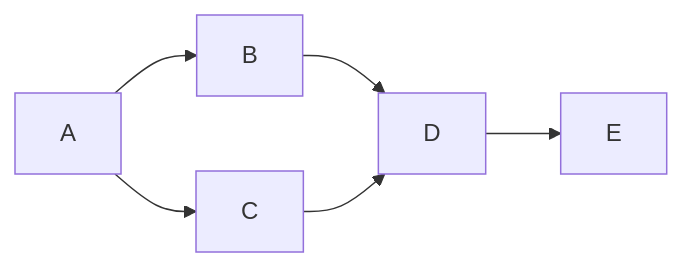
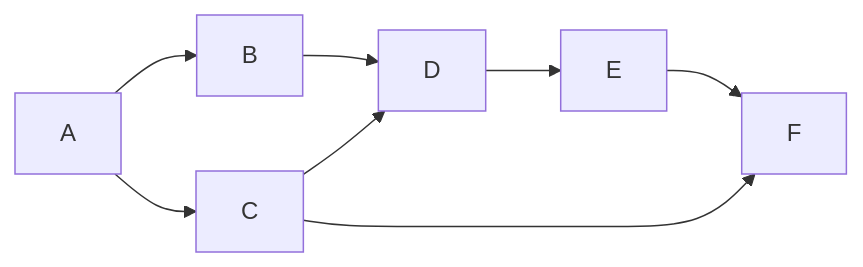
The diagram in learning/algorithms/07-graphs-and-traversal.md (mj006648/netai-devsecops-runbook), drawn with Mermaid before and after one commit. The commit also changed other lines of this file and 62 other files, not shown here.

````diff
--- a/learning/algorithms/07-graphs-and-traversal.md
+++ b/learning/algorithms/07-graphs-and-traversal.md
@@ -9,8 +9,10 @@
-```mermaid
+~~~mermaid
 flowchart LR
     A --> B
     A --> C
     B --> D
     C --> D
+    C --> F
     D --> E
-```
+    E --> F
+~~~
````
